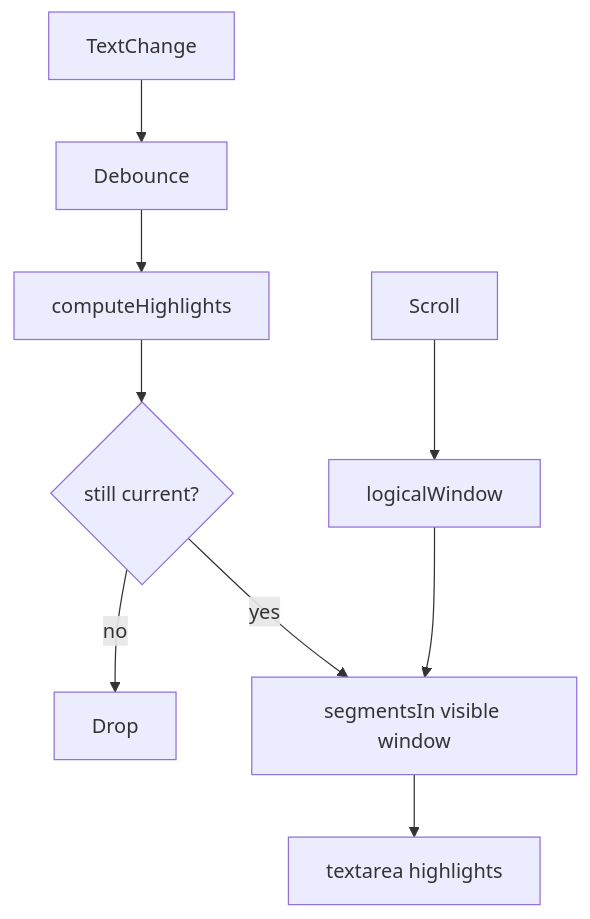
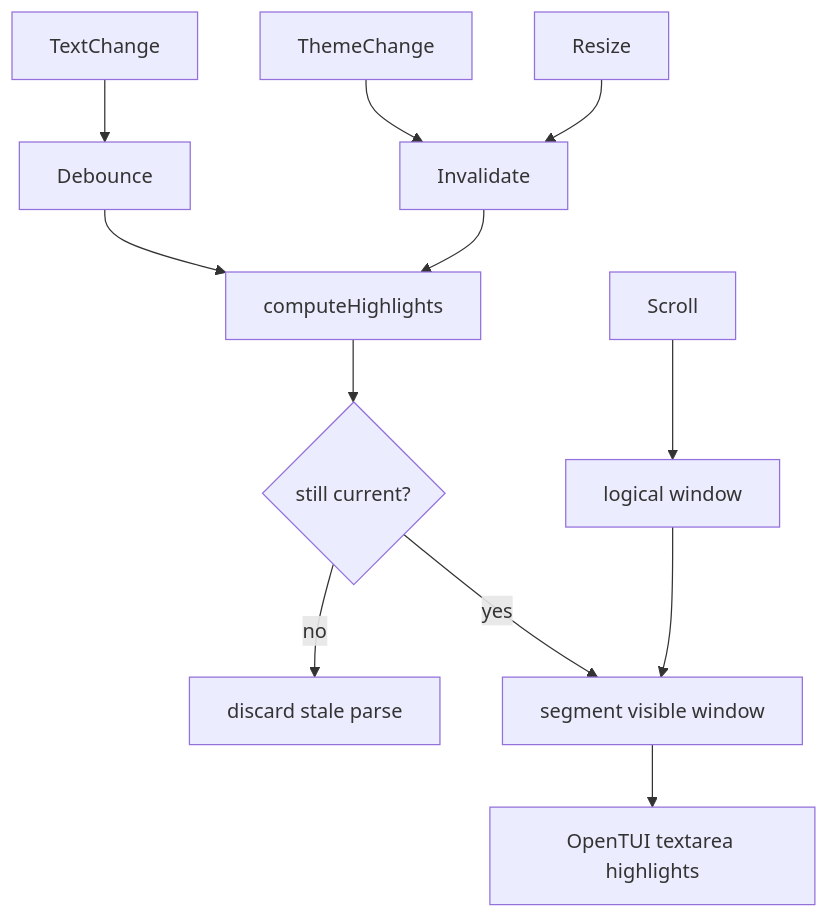
The seventh of 8 diagrams in docs/architecture.md (dotbrains/dune), drawn with Mermaid before and after one commit. The commit also changed other lines of this file and 4 other files, not shown here.

````diff
--- a/docs/architecture.md
+++ b/docs/architecture.md
@@ -87,11 +153,14 @@
 ```mermaid
 flowchart TD
   TextChange --> Debounce
+  ThemeChange --> Invalidate
+  Resize --> Invalidate
   Debounce --> Parse[computeHighlights]
-  Parse --> Stale{still current?}
-  Stale -- no --> Drop
-  Stale -- yes --> Segment[segmentsIn visible window]
-  Segment --> Paint[textarea highlights]
-  Scroll --> Window[logicalWindow]
+  Invalidate --> Parse
+  Parse --> Current{still current?}
+  Current -- no --> Drop[discard stale parse]
+  Current -- yes --> Segment[segment visible window]
+  Scroll --> Window[logical window]
   Window --> Segment
+  Segment --> Paint[OpenTUI textarea highlights]
 ```
````
